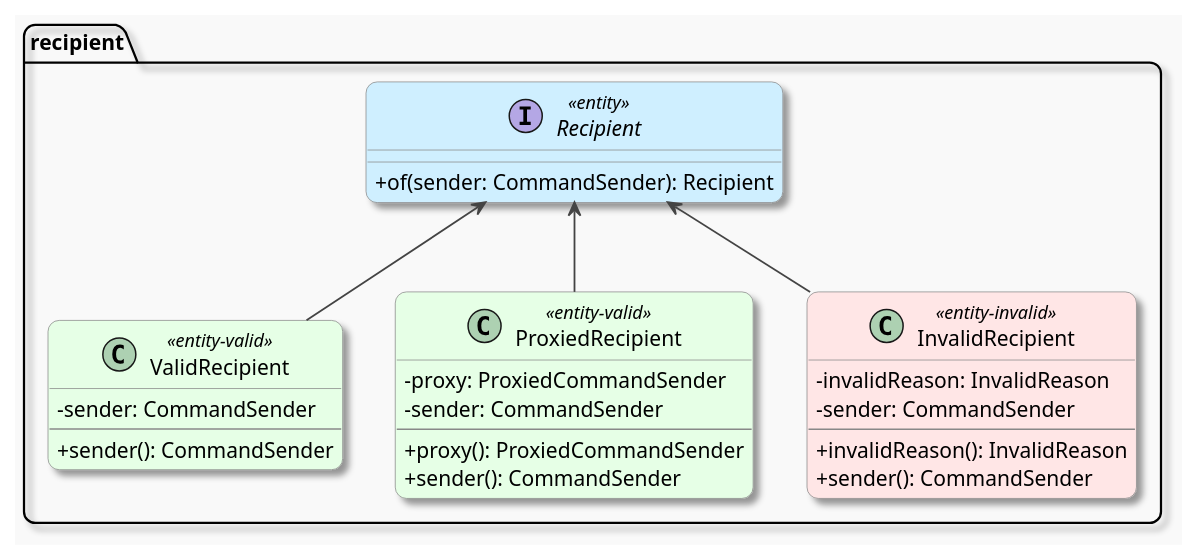
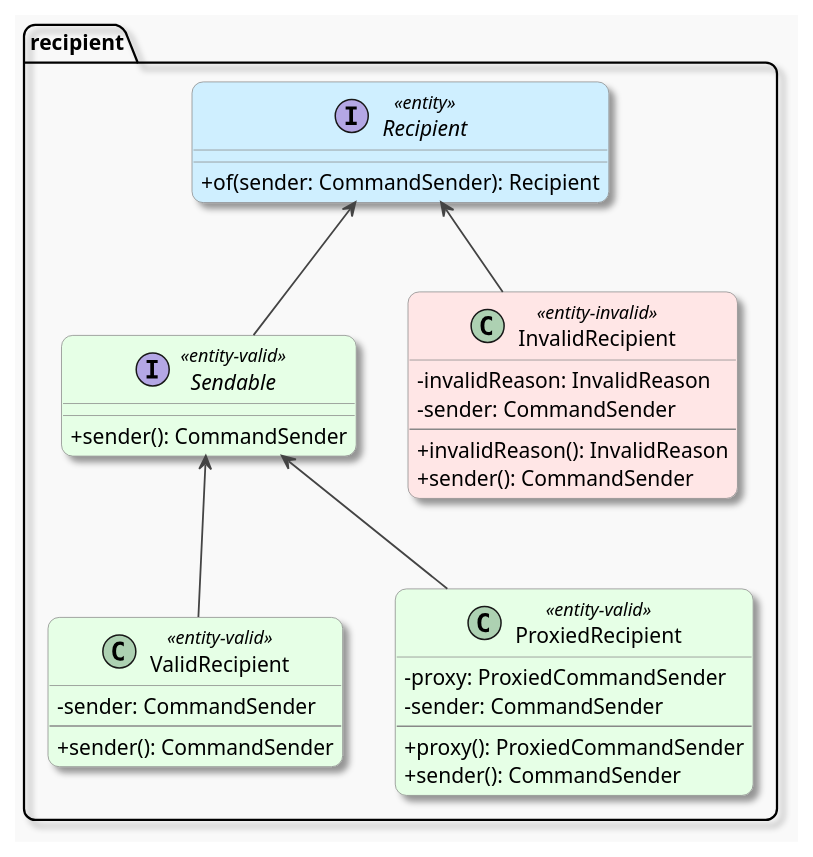
The diagram in models/src/main/java/com/winterhavenmc/library/messagebuilder/models/recipient/doc-files/Recipient_structure_alt.puml (winterhavenmc/MessageBuilderLib), drawn with PlantUML before and after one commit. The commit also changed 2 other files, not shown here.

Commit message:
update diagrams

```diff
--- a/models/src/main/java/com/winterhavenmc/library/messagebuilder/models/recipient/doc-files/Recipient_structure_alt.puml
+++ b/models/src/main/java/com/winterhavenmc/library/messagebuilder/models/recipient/doc-files/Recipient_structure_alt.puml
@@ -1,53 +1,57 @@
 @startuml
 
 ' === GLOBAL STYLING ===
 skinparam backgroundColor #f9f9f9
 skinparam shadowing true
 skinparam roundCorner 15
 skinparam ArrowColor #444444
 skinparam ArrowThickness 1.2
 skinparam ArrowFontSize 11
 skinparam packageTitleFontSize 14
 skinparam classFontName "Helvetica"
 skinparam classAttributeIconSize 0
 skinparam class {
   BackgroundColor white
   BorderColor #888888
 }
 skinparam class {
   BackgroundColor<<entity>> #cfefff
   BackgroundColor<<entity-valid>> #e6ffe6
   BackgroundColor<<entity-invalid>> #ffe6e6
 }
 
 package recipient {
     interface Recipient <<entity>> {
         + of(sender: CommandSender): Recipient
     }
+    interface Sendable <<entity-valid>> {
+        + sender(): CommandSender
+    }
     class ValidRecipient <<entity-valid>> {
         - sender: CommandSender
         --
         + sender(): CommandSender
     }
     class ProxiedRecipient <<entity-valid>> {
         - proxy: ProxiedCommandSender
         - sender: CommandSender
         --
         + proxy(): ProxiedCommandSender
         + sender(): CommandSender
     }
     class InvalidRecipient <<entity-invalid>> {
         - invalidReason: InvalidReason
         - sender: CommandSender
         --
         + invalidReason(): InvalidReason
         + sender(): CommandSender
     }
 }
 
 'edges
-Recipient <-- ValidRecipient
-Recipient <-- ProxiedRecipient
+Recipient <-- Sendable
 Recipient <-- InvalidRecipient
+Sendable <-- ValidRecipient
+Sendable <-- ProxiedRecipient
 
 @enduml
```
